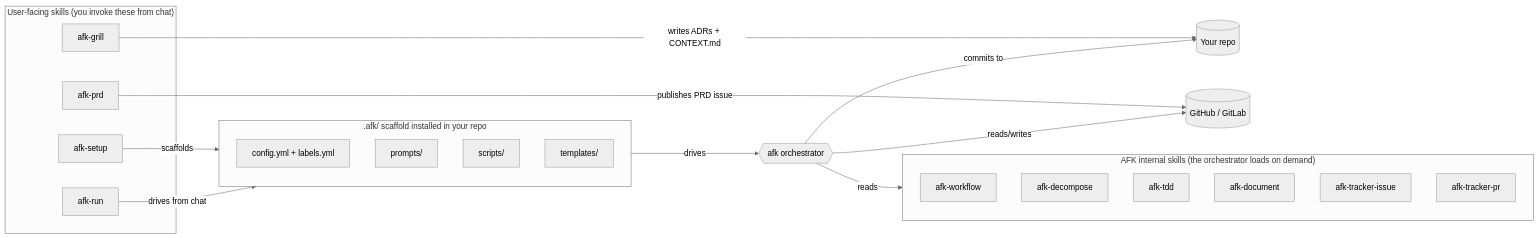
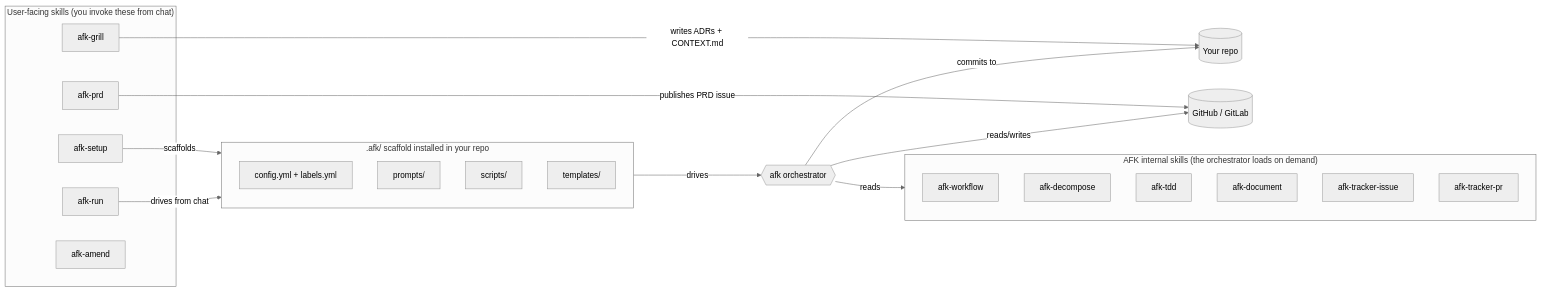
Before and after one commit to Mo-Tamim/afk-agent: the first of 4 diagrams in README.md, drawn with Mermaid (neutral theme). The commit also changed other lines of this file and 4 other files, not shown here.

First line of the commit message:
feat(afk-amend): add changed-decision recovery skill

````diff
--- a/README.md
+++ b/README.md
@@ -49,31 +50,32 @@
 ```mermaid
 graph LR
   subgraph User_skills["User-facing skills (you invoke these from chat)"]
     G[afk-grill]
     P[afk-prd]
     S[afk-setup]
     R[afk-run]
+    AM[afk-amend]
   end
   subgraph AFK_skills["AFK internal skills (the orchestrator loads on demand)"]
     W[afk-workflow]
     D[afk-decompose]
     T[afk-tdd]
     DOC[afk-document]
     TI[afk-tracker-issue]
     TP[afk-tracker-pr]
   end
   subgraph Scaffold[".afk/ scaffold installed in your repo"]
     CFG[config.yml + labels.yml]
     PR[prompts/]
     SC[scripts/]
     TPL[templates/]
   end
   G -->|writes ADRs + CONTEXT.md| Repo[(Your repo)]
   P -->|publishes PRD issue| Tracker[(GitHub / GitLab)]
   S -->|scaffolds| Scaffold
   R -->|drives from chat| Scaffold
   Scaffold -->|drives| Orchestrator{{afk orchestrator}}
   Orchestrator -->|reads| AFK_skills
   Orchestrator -->|reads/writes| Tracker
   Orchestrator -->|commits to| Repo
 ```
````
